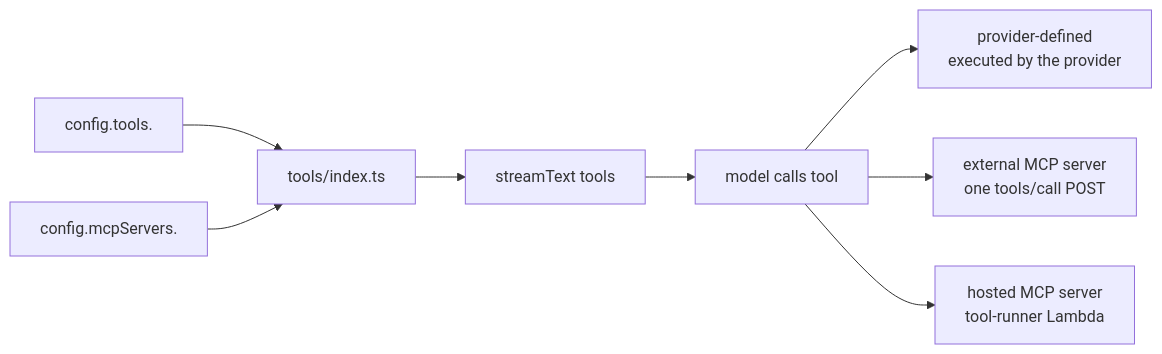
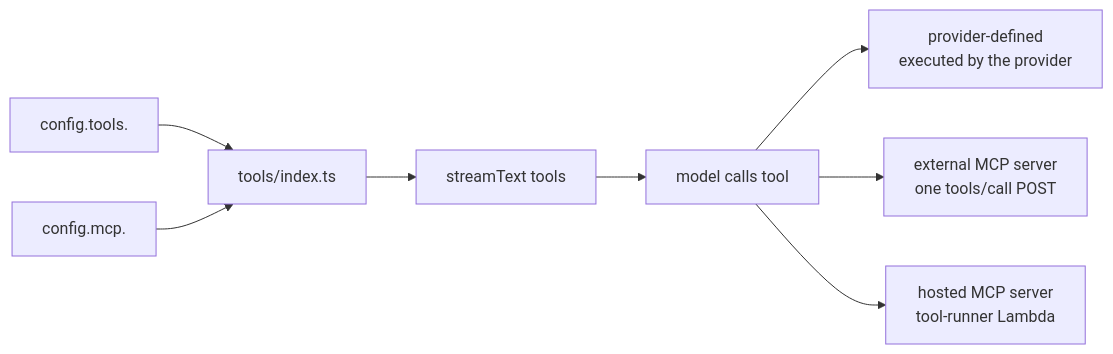
One commit to beeblastco/broods changed the diagram in apps/docs/docs/tools.md. Above: the diagram before and after it, drawn with Mermaid. The commit also changed other lines of this file and 28 other files, not shown here.

First line of the commit message:
feat(sdk,core): shorten mcpServers config to mcp and inline hosted handler

````diff
--- a/apps/docs/docs/tools.md
+++ b/apps/docs/docs/tools.md
@@ -11,10 +11,10 @@
 ```mermaid
 flowchart LR
   Config["config.tools.<providerTool>"] --> Registry["tools/index.ts"]
-  Mcp["config.mcpServers.<serverId>"] --> Registry
+  Mcp["config.mcp.<serverId>"] --> Registry
   Registry --> Model["streamText tools"]
   Model --> Call["model calls tool"]
   Call --> Provider["provider-defined<br/>executed by the provider"]
   Call --> External["external MCP server<br/>one tools/call POST"]
   Call --> Hosted["hosted MCP server<br/>tool-runner Lambda"]
 ```
````
